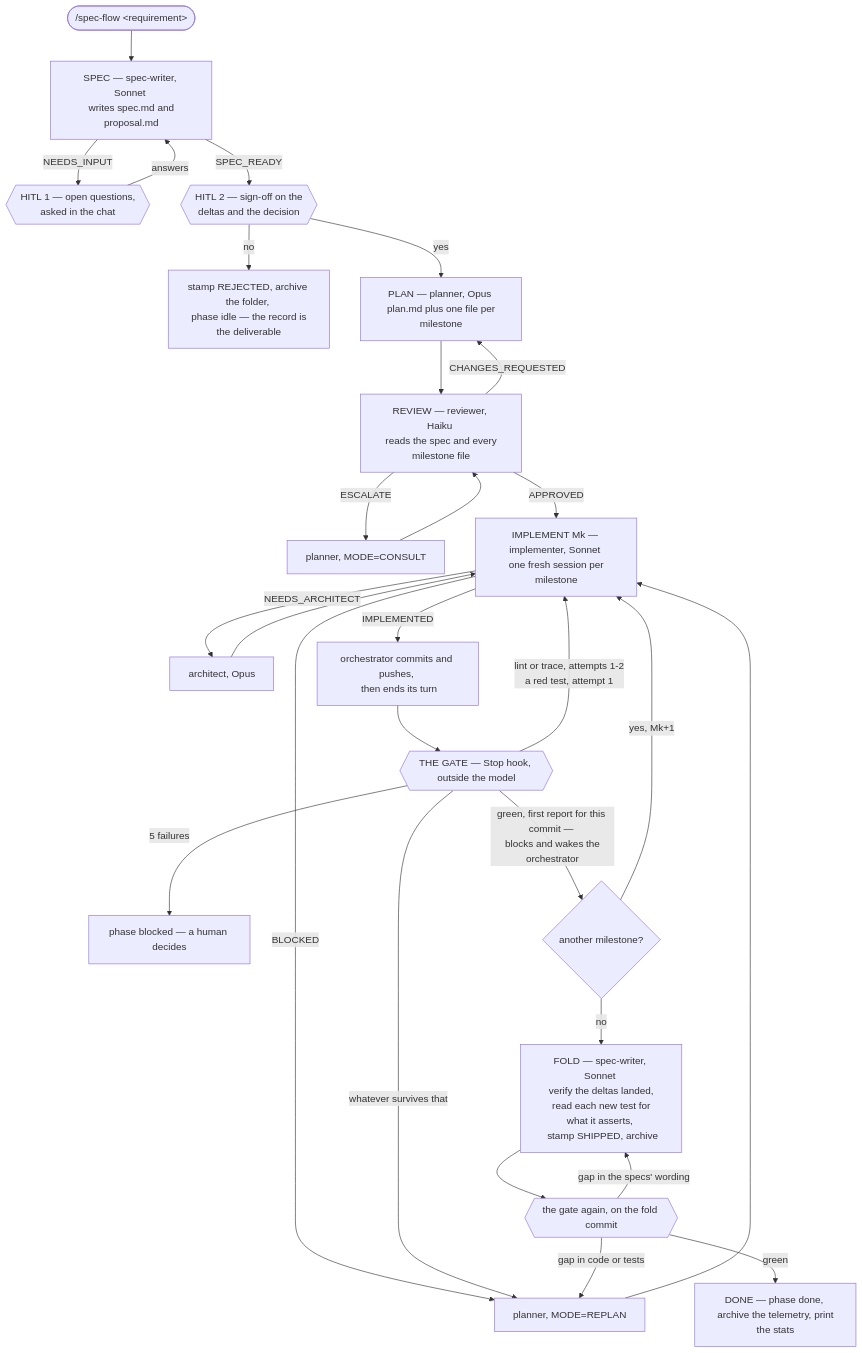
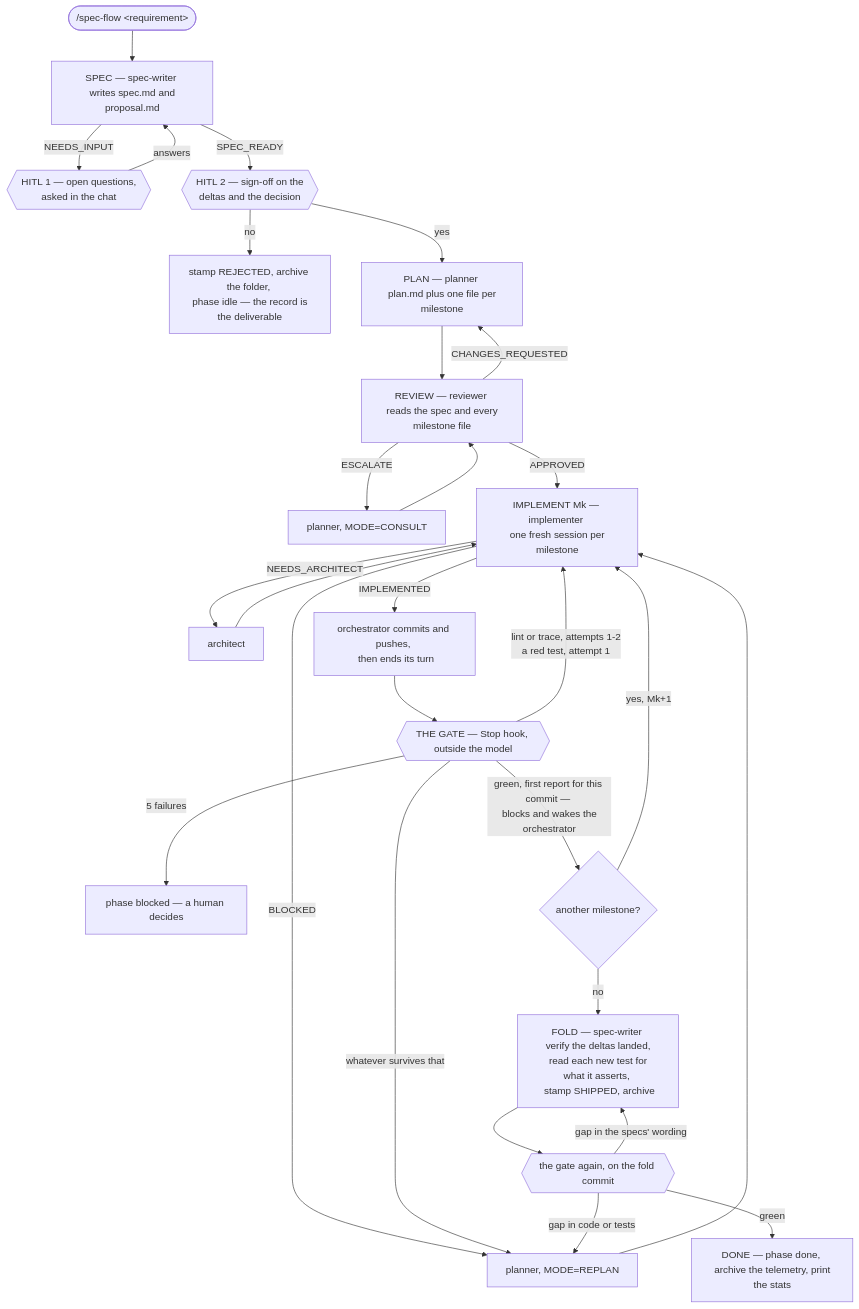
Before and after one commit to IgnacioMarin402/spec-flow-plugin: the first of 3 diagrams in REFERENCE.md, drawn with Mermaid. The commit also changed other lines of this file and 4 other files, not shown here.

````diff
--- a/REFERENCE.md
+++ b/REFERENCE.md
@@ -474,30 +461,30 @@
 ```mermaid
 flowchart TD
-    A(["/spec-flow &lt;requirement&gt;"]) --> B["SPEC — spec-writer, Sonnet <br/> writes spec.md and proposal.md"]
+    A(["/spec-flow &lt;requirement&gt;"]) --> B["SPEC — spec-writer <br/> writes spec.md and proposal.md"]
     B -->|"NEEDS_INPUT"| Q{{"HITL 1 — open questions, <br/> asked in the chat"}}
     Q -->|"answers"| B
     B -->|"SPEC_READY"| S{{"HITL 2 — sign-off on the <br/> deltas and the decision"}}
     S -->|"no"| REJ["stamp REJECTED, archive the folder, <br/> phase idle — the record is the deliverable"]
-    S -->|"yes"| P["PLAN — planner, Opus <br/> plan.md plus one file per milestone"]
-    P --> R["REVIEW — reviewer, Haiku <br/> reads the spec and every milestone file"]
+    S -->|"yes"| P["PLAN — planner <br/> plan.md plus one file per milestone"]
+    P --> R["REVIEW — reviewer <br/> reads the spec and every milestone file"]
     R -->|"ESCALATE"| CON["planner, MODE=CONSULT"]
     CON --> R
     R -->|"CHANGES_REQUESTED"| P
-    R -->|"APPROVED"| I["IMPLEMENT Mk — implementer, Sonnet <br/> one fresh session per milestone"]
-    I -->|"NEEDS_ARCHITECT"| ARCH["architect, Opus"]
+    R -->|"APPROVED"| I["IMPLEMENT Mk — implementer <br/> one fresh session per milestone"]
+    I -->|"NEEDS_ARCHITECT"| ARCH["architect"]
     ARCH --> I
     I -->|"BLOCKED"| RE["planner, MODE=REPLAN"]
     RE --> I
     I -->|"IMPLEMENTED"| CM["orchestrator commits and pushes, <br/> then ends its turn"]
     CM --> G{{"THE GATE — Stop hook, outside the model"}}
     G -->|"lint or trace, attempts 1-2 <br/> a red test, attempt 1"| I
     G -->|"whatever survives that"| RE
     G -->|"5 failures"| BLK["phase blocked — a human decides"]
     G -->|"green, first report for this commit — <br/> blocks and wakes the orchestrator"| MORE{"another milestone?"}
     MORE -->|"yes, Mk+1"| I
-    MORE -->|"no"| F["FOLD — spec-writer, Sonnet <br/> verify the deltas landed, <br/> read each new test for what it asserts, <br/> stamp SHIPPED, archive"]
+    MORE -->|"no"| F["FOLD — spec-writer <br/> verify the deltas landed, <br/> read each new test for what it asserts, <br/> stamp SHIPPED, archive"]
     F --> G2{{"the gate again, on the fold commit"}}
     G2 -->|"gap in the specs' wording"| F
     G2 -->|"gap in code or tests"| RE
     G2 -->|"green"| D["DONE — phase done, <br/> archive the telemetry, print the stats"]
 ```
````
